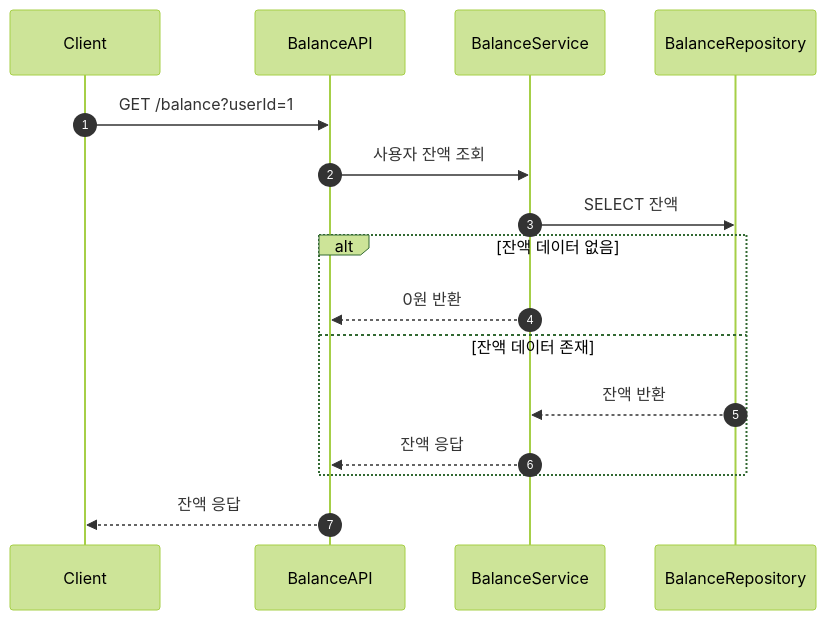
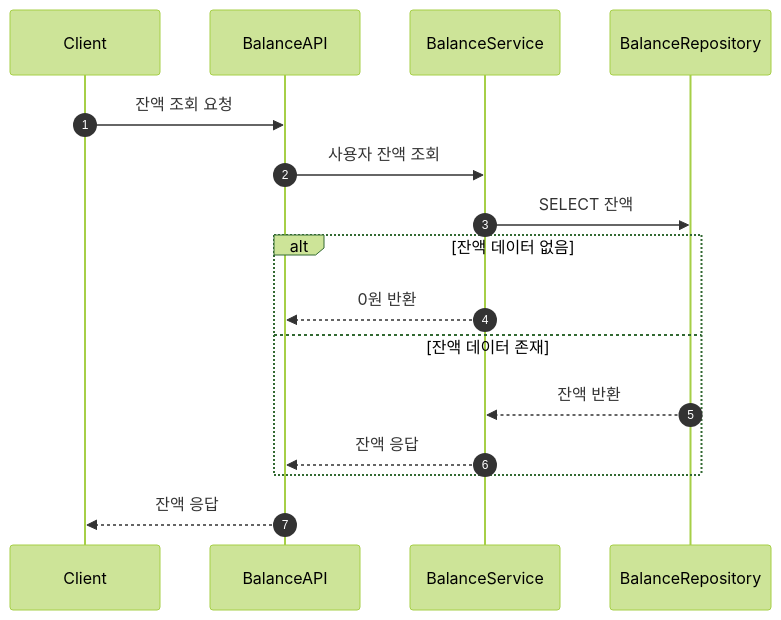
One commit to ehdgus0221/hhplus-ecommerce changed the second of 7 diagrams in docs/Sequence.md. Above: the diagram before and after it, drawn with Mermaid (forest theme). The commit also changed other lines of this file and 25 other files, not shown here.

````diff
--- a/docs/Sequence.md
+++ b/docs/Sequence.md
@@ -17,15 +17,15 @@
 ```mermaid
 sequenceDiagram
     autonumber
     participant Client
-    Client->>BalanceAPI: GET /balance?userId=1
+    Client->>BalanceAPI: 잔액 조회 요청
     BalanceAPI->>BalanceService: 사용자 잔액 조회
     BalanceService->>BalanceRepository: SELECT 잔액
     alt 잔액 데이터 없음
         BalanceService-->>BalanceAPI: 0원 반환
     else 잔액 데이터 존재
         BalanceRepository-->>BalanceService: 잔액 반환
         BalanceService-->>BalanceAPI: 잔액 응답
     end
     BalanceAPI-->>Client: 잔액 응답
 ```
````
